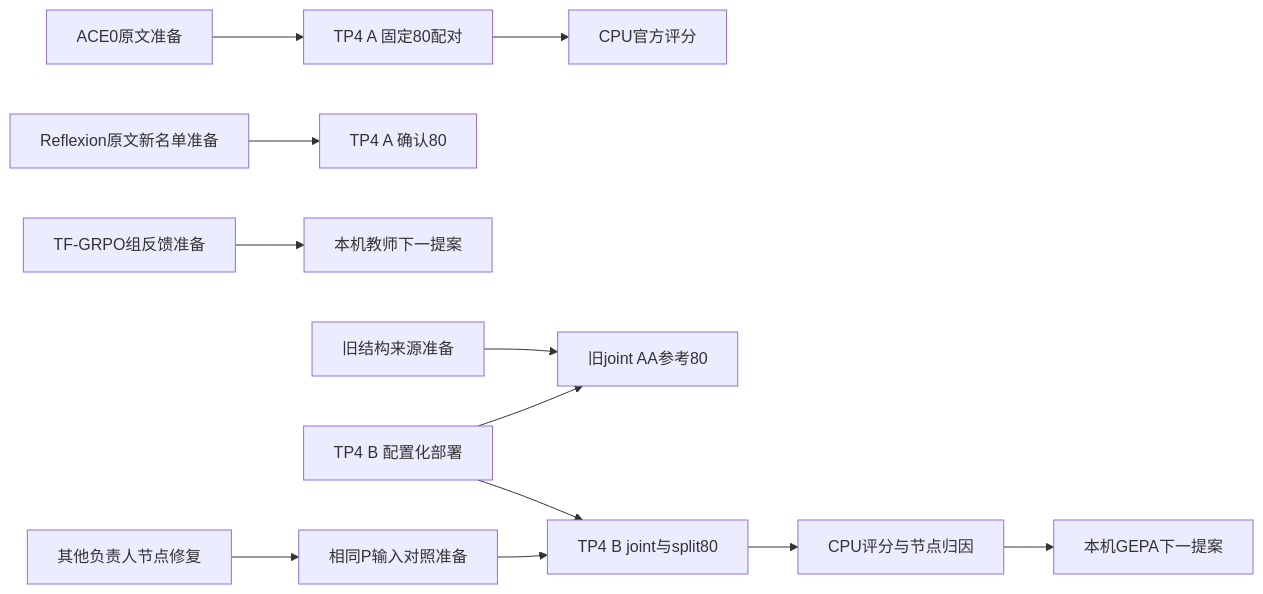
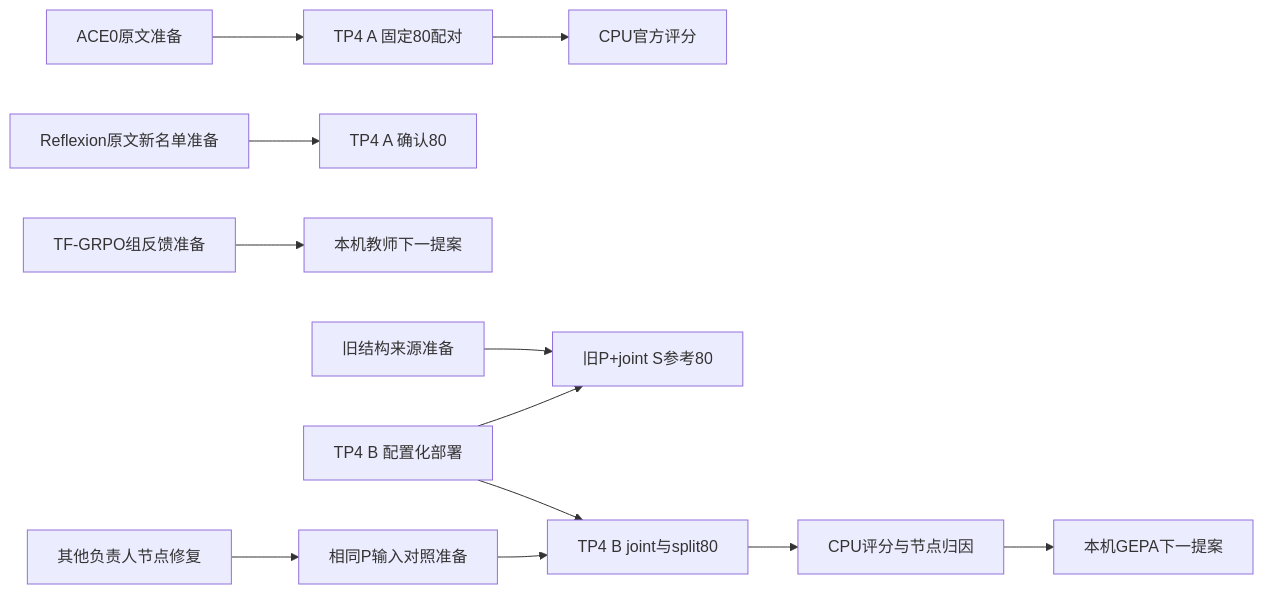
The diagram in docs/decisions/TFRL-Execution-DAG.md (chaosxingxc-orion/omni), drawn with Mermaid before and after one commit. The commit also changed other lines of this file and 3 other files, not shown here.

````diff
--- a/docs/decisions/TFRL-Execution-DAG.md
+++ b/docs/decisions/TFRL-Execution-DAG.md
@@ -5,12 +5,12 @@
 ```mermaid
 flowchart LR
   A0[ACE0原文准备] --> A1[TP4 A 固定80配对] --> A2[CPU官方评分]
   R0[Reflexion原文新名单准备] --> R1[TP4 A 确认80]
   F0[TF-GRPO组反馈准备] --> F1[本机教师下一提案]
-  T[TP4 B 配置化部署] --> B1[旧joint AA参考80]
+  T[TP4 B 配置化部署] --> B1[旧P+joint S参考80]
   B0[旧结构来源准备] --> B1
   X[其他负责人节点修复] --> M[相同P输入对照准备]
   M --> N[TP4 B joint与split80]
   T --> N
   N --> S[CPU评分与节点归因] --> G[本机GEPA下一提案]
 ```
````
